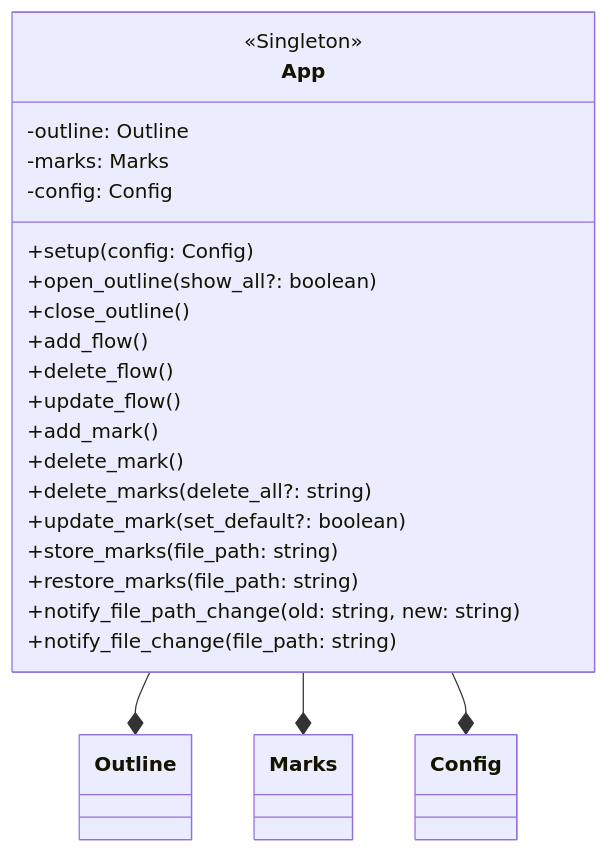
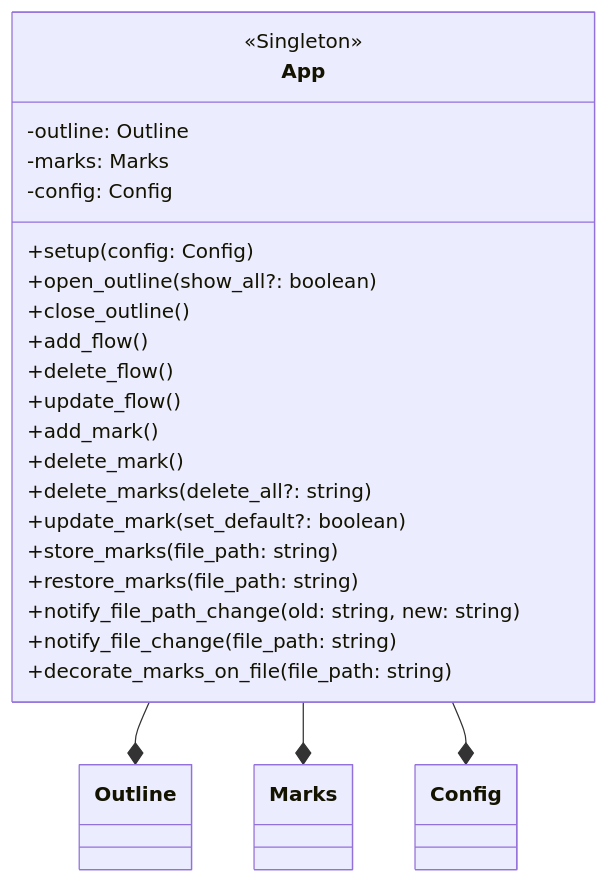
The first of 17 diagrams in DESIGN.md (niuiic/track.nvim), drawn with Mermaid before and after one commit. The commit also changed other lines of this file and 7 other files, not shown here.

````diff
--- a/DESIGN.md
+++ b/DESIGN.md
@@ -29,32 +29,33 @@
 ```mermaid
 classDiagram
     App --* Outline
     App --* Marks
     App --* Config
     class App {
         <<Singleton>>
 
         -outline: Outline
         -marks: Marks
         -config: Config
 
         %% config
         +setup(config: Config)
         %% outline
         +open_outline(show_all?: boolean)
         +close_outline()
         %% flow
         +add_flow()
         +delete_flow()
         +update_flow()
         %% mark
         +add_mark()
         +delete_mark()
         +delete_marks(delete_all?: string)
         +update_mark(set_default?: boolean)
         +store_marks(file_path: string)
         +restore_marks(file_path: string)
         +notify_file_path_change(old: string, new: string)
         +notify_file_change(file_path: string)
+        +decorate_marks_on_file(file_path: string)
     }
 ```
````
